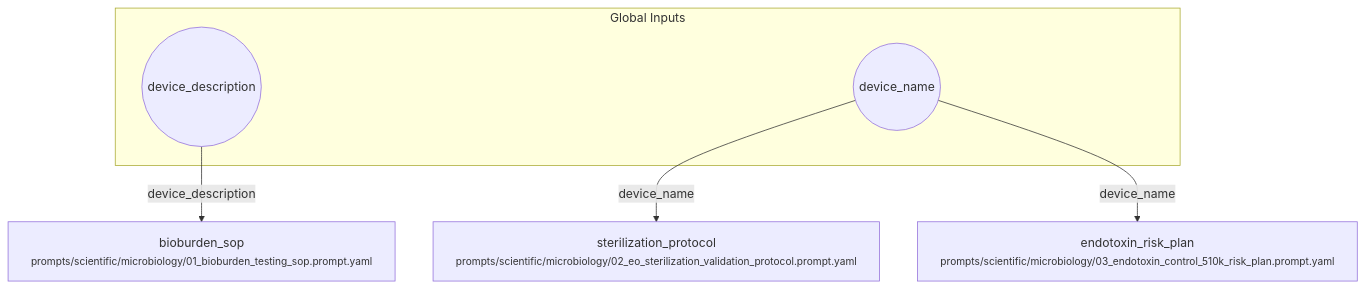
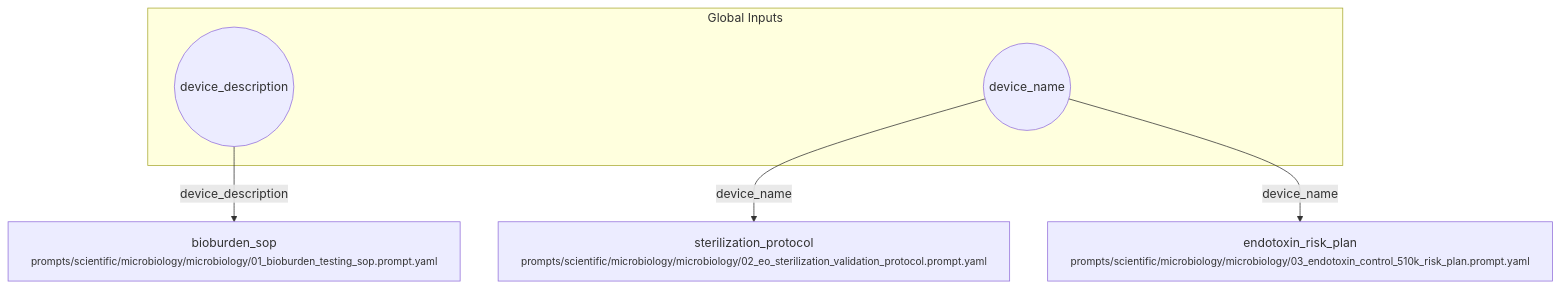
Before and after one commit to fderuiter/proompts: the diagram in workflows/scientific/microbiology.workflow.md, drawn with Mermaid. The commit also changed 31 other files, not shown here.

````diff
--- a/workflows/scientific/microbiology.workflow.md
+++ b/workflows/scientific/microbiology.workflow.md
@@ -7,13 +7,13 @@
 ```mermaid
 flowchart TD
     subgraph Inputs [Global Inputs]
         inp_device_description((device_description))
         inp_device_name((device_name))
     end
-    bioburden_sop["bioburden_sop<br/><small>prompts/scientific/microbiology/01_bioburden_testing_sop.prompt.yaml</small>"]
-    sterilization_protocol["sterilization_protocol<br/><small>prompts/scientific/microbiology/02_eo_sterilization_validation_protocol.prompt.yaml</small>"]
-    endotoxin_risk_plan["endotoxin_risk_plan<br/><small>prompts/scientific/microbiology/03_endotoxin_control_510k_risk_plan.prompt.yaml</small>"]
+    bioburden_sop["bioburden_sop<br/><small>prompts/scientific/microbiology/microbiology/01_bioburden_testing_sop.prompt.yaml</small>"]
+    sterilization_protocol["sterilization_protocol<br/><small>prompts/scientific/microbiology/microbiology/02_eo_sterilization_validation_protocol.prompt.yaml</small>"]
+    endotoxin_risk_plan["endotoxin_risk_plan<br/><small>prompts/scientific/microbiology/microbiology/03_endotoxin_control_510k_risk_plan.prompt.yaml</small>"]
     inp_device_description -->|device_description| bioburden_sop
     inp_device_name -->|device_name| sterilization_protocol
     inp_device_name -->|device_name| endotoxin_risk_plan
 ```
````
